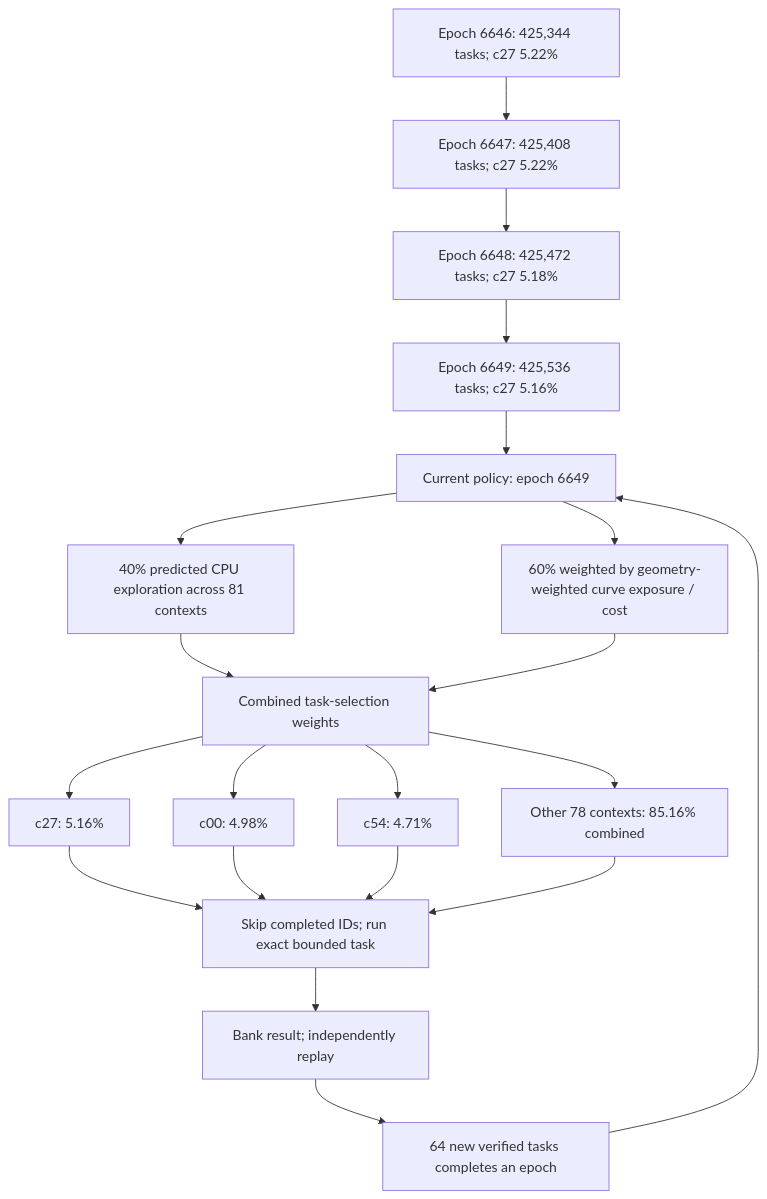
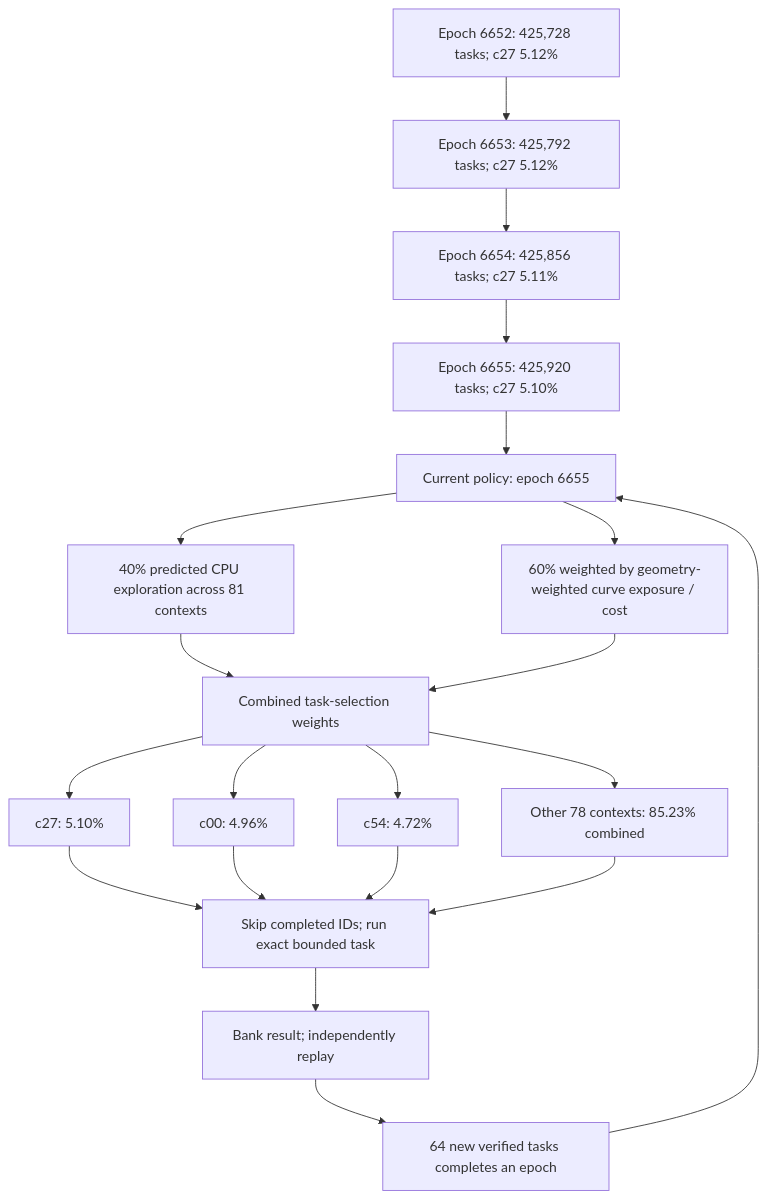
One commit to Kuberwastaken/math-gambling changed the first of 4 diagrams in README.md. Above: the diagram before and after it, drawn with Mermaid. The commit also changed other lines of this file and 1400 other files, not shown here.

````diff
--- a/README.md
+++ b/README.md
@@ -60,27 +60,27 @@
 ```mermaid
 flowchart TD
-    H0["Epoch 6646: 425,344 tasks; c27 5.22%"]
-    H1["Epoch 6647: 425,408 tasks; c27 5.22%"]
+    H0["Epoch 6652: 425,728 tasks; c27 5.12%"]
+    H1["Epoch 6653: 425,792 tasks; c27 5.12%"]
     H0 --> H1
-    H2["Epoch 6648: 425,472 tasks; c27 5.18%"]
+    H2["Epoch 6654: 425,856 tasks; c27 5.11%"]
     H1 --> H2
-    H3["Epoch 6649: 425,536 tasks; c27 5.16%"]
+    H3["Epoch 6655: 425,920 tasks; c27 5.10%"]
     H2 --> H3
-    Policy["Current policy: epoch 6649"]
+    Policy["Current policy: epoch 6655"]
     H3 --> Policy
     Policy --> Explore["40% predicted CPU exploration across 81 contexts"]
     Policy --> Cost["60% weighted by geometry-weighted curve exposure / cost"]
     Explore --> Mix["Combined task-selection weights"]
     Cost --> Mix
-    Mix --> C0["c27: 5.16%"]
-    Mix --> C1["c00: 4.98%"]
-    Mix --> C2["c54: 4.71%"]
-    Mix --> Rest["Other 78 contexts: 85.16% combined"]
+    Mix --> C0["c27: 5.10%"]
+    Mix --> C1["c00: 4.96%"]
+    Mix --> C2["c54: 4.72%"]
+    Mix --> Rest["Other 78 contexts: 85.23% combined"]
     C0 --> Check["Skip completed IDs; run exact bounded task"]
     C1 --> Check
     C2 --> Check
     Rest --> Check
     Check --> Replay["Bank result; independently replay"]
     Replay --> Gate["64 new verified tasks completes an epoch"]
     Gate --> Policy
 ```
````
